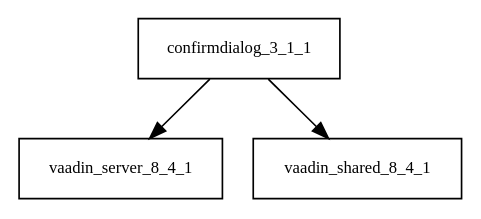
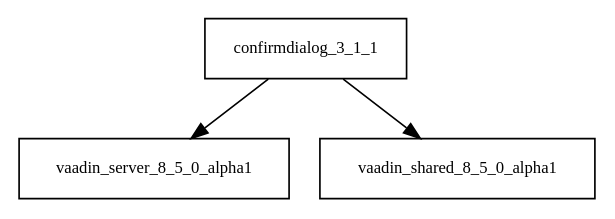
Before and after one commit to sjvs/cia: the diagram in tattleTaleReport/graphviz/confirmdialog-3.1.1.jar/confirmdialog-3.1.1.jar.dot, drawn with Graphviz. The commit also changed 1779 other files, not shown here.

```diff
--- a/tattleTaleReport/graphviz/confirmdialog-3.1.1.jar/confirmdialog-3.1.1.jar.dot
+++ b/tattleTaleReport/graphviz/confirmdialog-3.1.1.jar/confirmdialog-3.1.1.jar.dot
@@ -1,5 +1,5 @@
 digraph confirmdialog_3_1_1_dependencies {
   node [shape = box, fontsize=10.0];
-  confirmdialog_3_1_1 -> vaadin_server_8_4_1;
-  confirmdialog_3_1_1 -> vaadin_shared_8_4_1;
+  confirmdialog_3_1_1 -> vaadin_server_8_5_0_alpha1;
+  confirmdialog_3_1_1 -> vaadin_shared_8_5_0_alpha1;
 }
```
